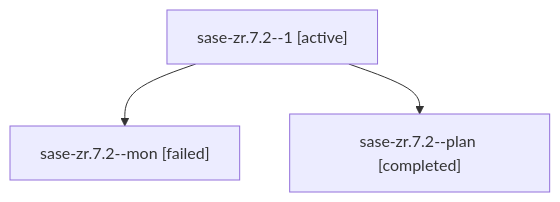
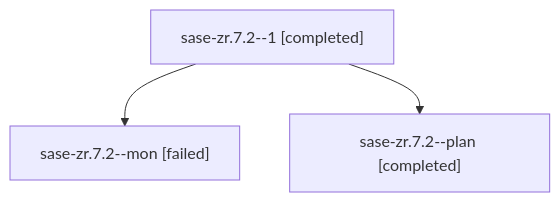
Before and after one commit to sase-org/sase--agents: the diagram in families/bbugyi200.apollo.sase-zr.7.2.md, drawn with Mermaid. The commit also changed other lines of this file and 99 other files, not shown here.

````diff
--- a/families/bbugyi200.apollo.sase-zr.7.2.md
+++ b/families/bbugyi200.apollo.sase-zr.7.2.md
@@ -9,8 +9,8 @@
 ```mermaid
 flowchart TD
-  n0["sase-zr.7.2--1 [active]"]
+  n0["sase-zr.7.2--1 [completed]"]
   n1["sase-zr.7.2--mon [failed]"]
   n0 --> n1
   n2["sase-zr.7.2--plan [completed]"]
   n0 --> n2
 ```
````
